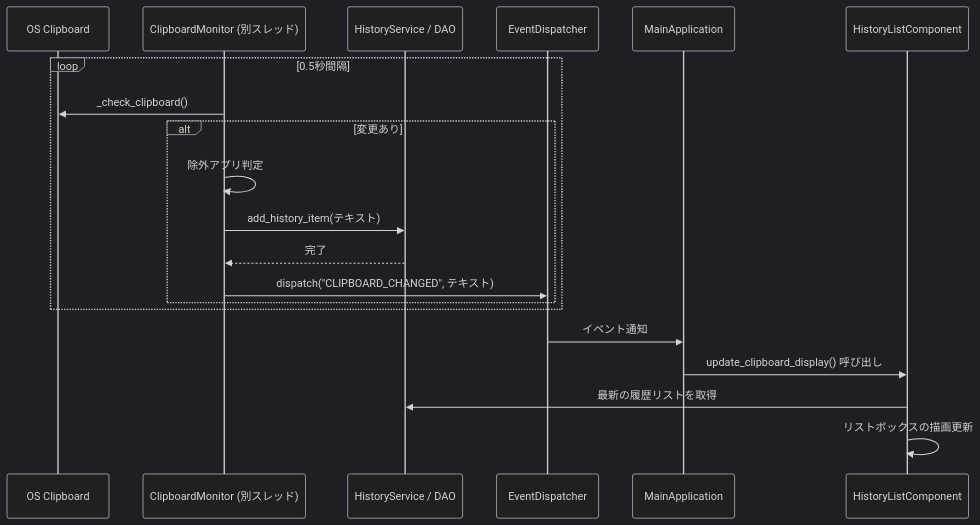
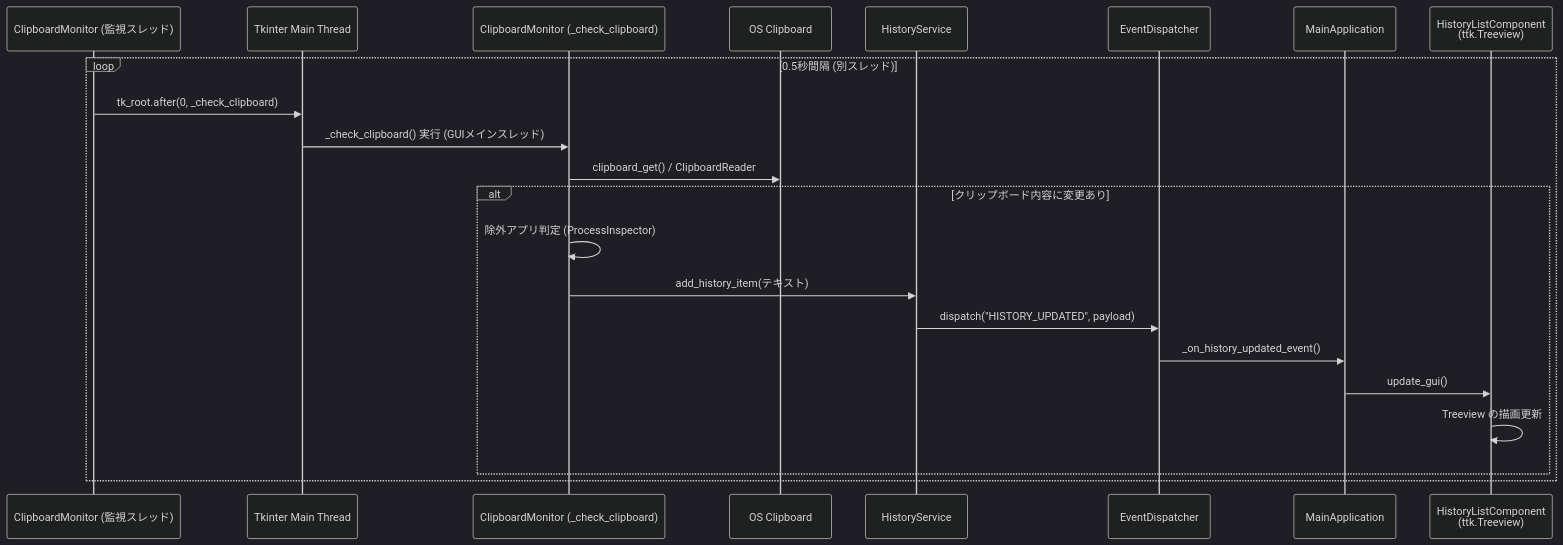
Before and after one commit to xzyozi/Clip_Watcher: the second of 3 diagrams in docs/design/CLW-DD-002_コア層起動監視イベント制御詳細設計書.md, drawn with Mermaid (dark theme). The commit also changed other lines of this file and 16 other files, not shown here.

````diff
--- a/docs/design/CLW-DD-002_コア層起動監視イベント制御詳細設計書.md
+++ b/docs/design/CLW-DD-002_コア層起動監視イベント制御詳細設計書.md
@@ -91,24 +90,25 @@
 ```mermaid
 sequenceDiagram
+    participant Thread as ClipboardMonitor (監視スレッド)
+    participant TkRoot as Tkinter Main Thread
+    participant Monitor as ClipboardMonitor (_check_clipboard)
     participant OS as OS Clipboard
-    participant Monitor as ClipboardMonitor (別スレッド)
-    participant DB as HistoryService / DAO
+    participant DB as HistoryService
     participant Dispatcher as EventDispatcher
     participant App as MainApplication
-    participant GUI as HistoryListComponent
+    participant GUI as HistoryListComponent<br>(ttk.Treeview)
 
-    loop 0.5秒間隔
-        Monitor->>OS: _check_clipboard()
-        alt 変更あり
-            Monitor->>Monitor: 除外アプリ判定
+    loop 0.5秒間隔 (別スレッド)
+        Thread->>TkRoot: tk_root.after(0, _check_clipboard)
+        TkRoot->>Monitor: _check_clipboard() 実行 (GUIメインスレッド)
+        Monitor->>OS: clipboard_get() / ClipboardReader
+        alt クリップボード内容に変更あり
+            Monitor->>Monitor: 除外アプリ判定 (ProcessInspector)
             Monitor->>DB: add_history_item(テキスト)
-            DB-->>Monitor: 完了
-            Monitor->>Dispatcher: dispatch("CLIPBOARD_CHANGED", テキスト)
+            DB->>Dispatcher: dispatch("HISTORY_UPDATED", payload)
+            Dispatcher->>App: _on_history_updated_event()
+            App->>GUI: update_gui()
+            GUI->>GUI: Treeview の描画更新
         end
     end
-
-    Dispatcher->>App: イベント通知
-    App->>GUI: update_clipboard_display() 呼び出し
-    GUI->>DB: 最新の履歴リストを取得
-    GUI->>GUI: リストボックスの描画更新
 ```
````
